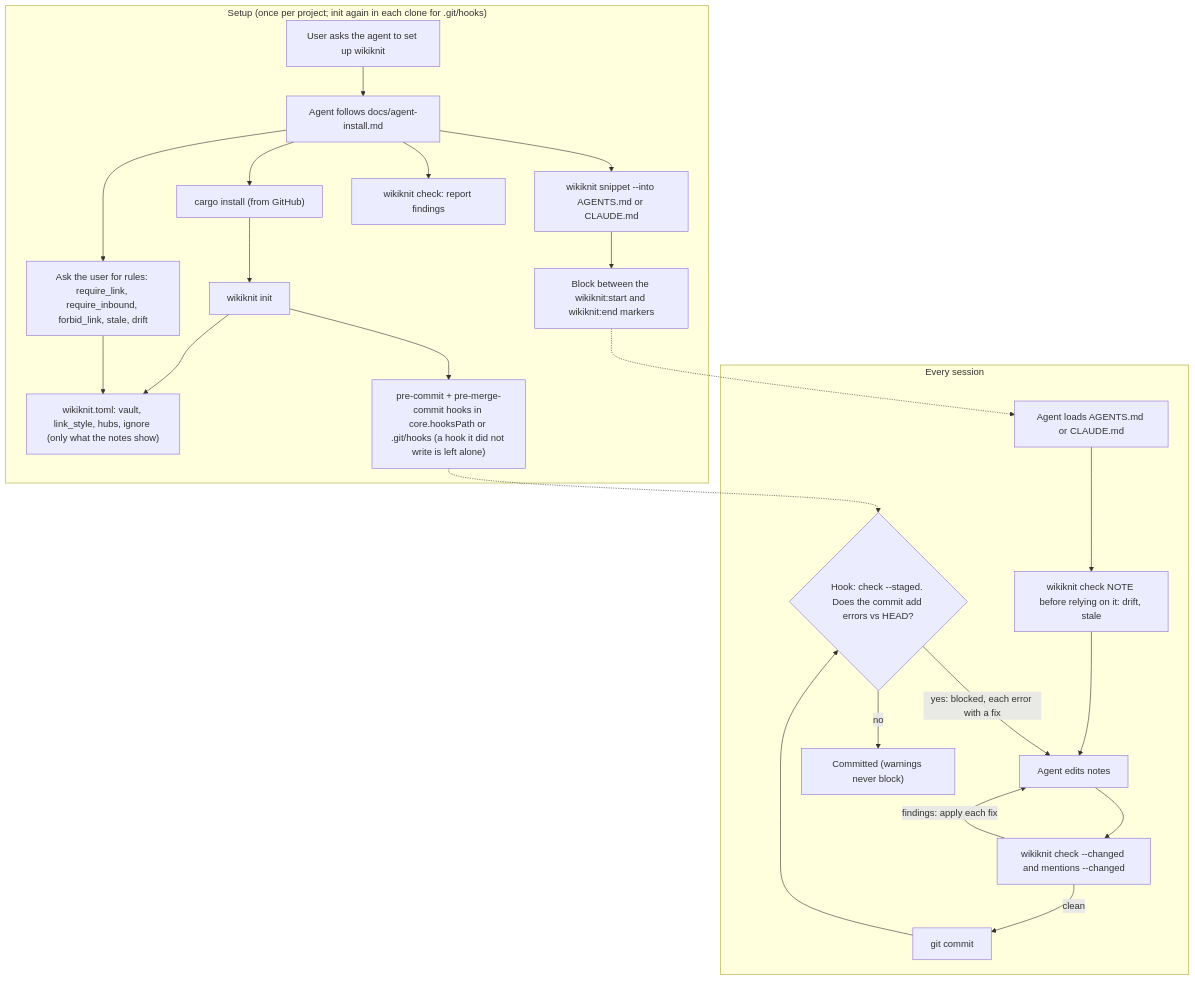
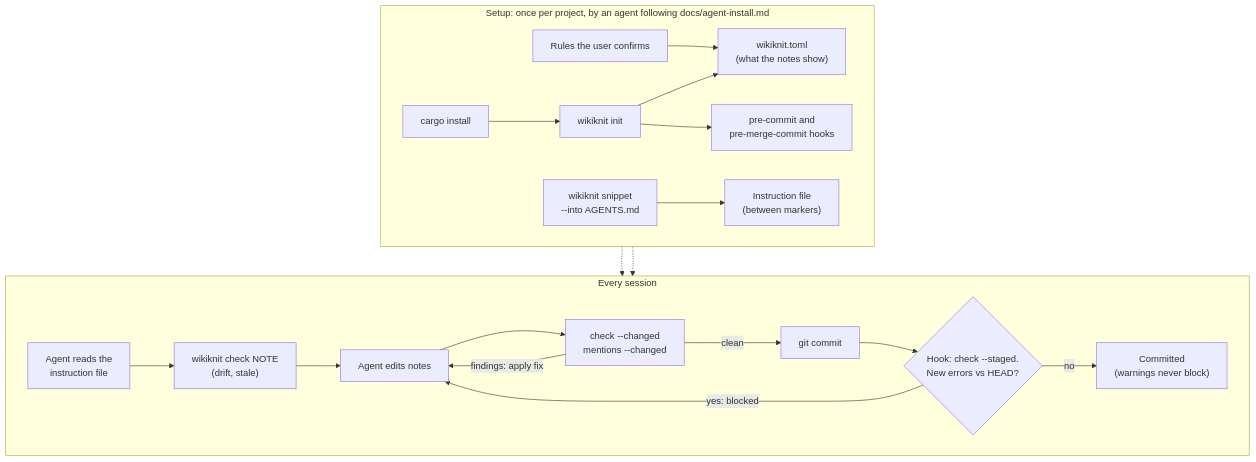
The diagram in README.md (victor-kwak/wikiknit), drawn with Mermaid before and after one commit. The commit also changed other lines of this file and 3 other files, not shown here.

First line of the commit message:
v0.8.0: init and snippet hardening, compact diagram

````diff
--- a/README.md
+++ b/README.md
@@ -28,21 +28,21 @@
 ```mermaid
 flowchart TB
-  subgraph setup["Setup (once per project; init again in each clone for .git/hooks)"]
-    U["User asks the agent to set up wikiknit"] --> A1["Agent follows docs/agent-install.md"]
-    A1 --> B["cargo install (from GitHub)"] --> I["wikiknit init"]
-    I --> C["wikiknit.toml: vault, link_style, hubs, ignore (only what the notes show)"]
-    I --> H["pre-commit + pre-merge-commit hooks in core.hooksPath or .git/hooks (a hook it did not write is left alone)"]
-    A1 --> S["wikiknit snippet --into AGENTS.md or CLAUDE.md"] --> F["Block between the wikiknit:start and wikiknit:end markers"]
-    A1 --> Q["Ask the user for rules: require_link, require_inbound, forbid_link, stale, drift"] --> C
-    A1 --> V["wikiknit check: report findings"]
+  subgraph setup["Setup: once per project, by an agent following docs/agent-install.md"]
+    direction LR
+    B["cargo install"] --> I["wikiknit init"]
+    I --> C["wikiknit.toml<br/>(what the notes show)"]
+    I --> H["pre-commit and<br/>pre-merge-commit hooks"]
+    Q["Rules the user confirms"] --> C
+    S["wikiknit snippet<br/>--into AGENTS.md"] --> F["Instruction file<br/>(between markers)"]
   end
   subgraph work["Every session"]
-    L["Agent loads AGENTS.md or CLAUDE.md"] --> R["wikiknit check NOTE before relying on it: drift, stale"] --> E["Agent edits notes"] --> X["wikiknit check --changed and mentions --changed"]
-    X -->|findings: apply each fix| E
-    X -->|clean| G["git commit"] --> K{"Hook: check --staged. Does the commit add errors vs HEAD?"}
-    K -->|yes: blocked, each error with a fix| E
-    K -->|no| D["Committed (warnings never block)"]
+    direction LR
+    L["Agent reads the<br/>instruction file"] --> R["wikiknit check NOTE<br/>(drift, stale)"] --> E["Agent edits notes"] --> X["check --changed<br/>mentions --changed"]
+    X -->|"findings: apply fix"| E
+    X -->|clean| G["git commit"] --> K{"Hook: check --staged.<br/>New errors vs HEAD?"}
+    K -->|"yes: blocked"| E
+    K -->|no| D["Committed<br/>(warnings never block)"]
   end
   F -.-> L
   H -.-> K
 ```
````
